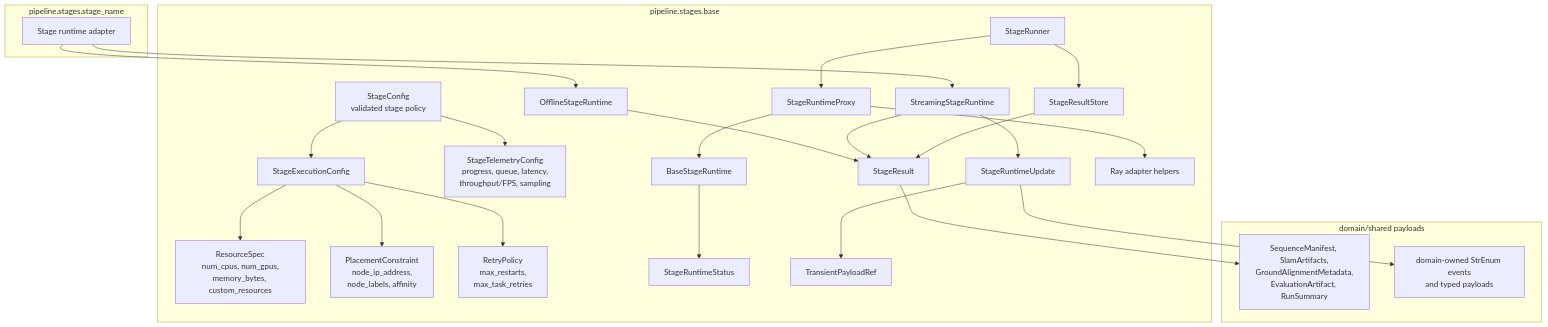
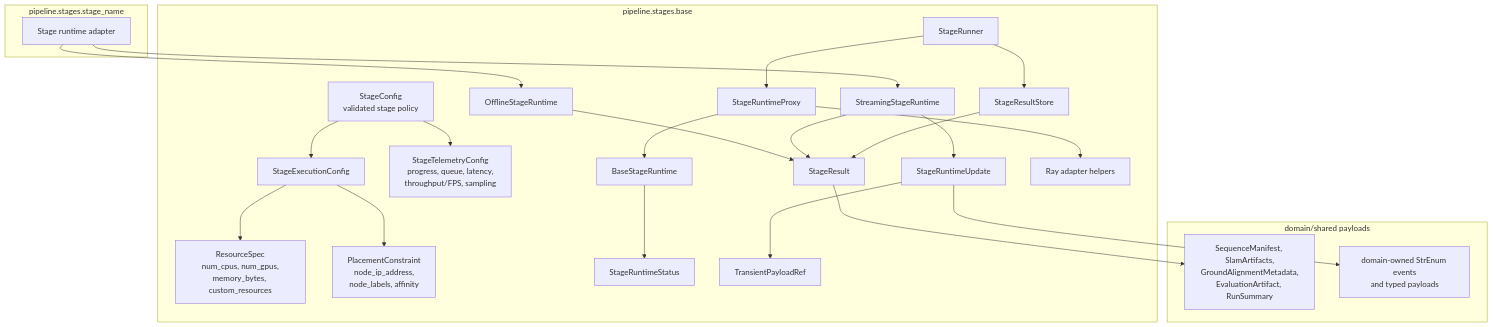
Before and after one commit to JanDuchscherer104/prml-vslam: the second of 17 diagrams in docs/architecture/pipeline-stage-refactor-target.md, drawn with Mermaid. The commit also changed other lines of this file, not shown here.

````diff
--- a/docs/architecture/pipeline-stage-refactor-target.md
+++ b/docs/architecture/pipeline-stage-refactor-target.md
@@ -204,51 +204,49 @@
 ```mermaid
 flowchart TB
     subgraph Base["pipeline.stages.base"]
         StageConfig["StageConfig<br/>validated stage policy"]
         ExecutionConfig["StageExecutionConfig"]
         Resources["ResourceSpec<br/>num_cpus, num_gpus,<br/>memory_bytes, custom_resources"]
         Placement["PlacementConstraint<br/>node_ip_address,<br/>node_labels, affinity"]
-        Retry["RetryPolicy<br/>max_restarts,<br/>max_task_retries"]
         Telemetry["StageTelemetryConfig<br/>progress, queue, latency,<br/>throughput/FPS, sampling"]
         RuntimeStatus["StageRuntimeStatus"]
         StageResult["StageResult"]
         StageUpdate["StageRuntimeUpdate"]
         PayloadRef["TransientPayloadRef"]
         BaseProtocol["BaseStageRuntime"]
         OfflineProtocol["OfflineStageRuntime"]
         StreamingProtocol["StreamingStageRuntime"]
         ResultStore["StageResultStore"]
         Runner["StageRunner"]
         RuntimeProxy["StageRuntimeProxy"]
         RayHelpers["Ray adapter helpers"]
     end
 
     subgraph StageImpl["pipeline.stages.stage_name"]
         StageRuntime["Stage runtime adapter"]
     end
 
     subgraph DomainPayloads["domain/shared payloads"]
         Payloads["SequenceManifest, SlamArtifacts,<br/>GroundAlignmentMetadata,<br/>EvaluationArtifact, RunSummary"]
         DomainEvents["domain-owned StrEnum events<br/>and typed payloads"]
     end
 
     StageConfig --> ExecutionConfig
     ExecutionConfig --> Resources
     ExecutionConfig --> Placement
-    ExecutionConfig --> Retry
     StageConfig --> Telemetry
     BaseProtocol --> RuntimeStatus
     OfflineProtocol --> StageResult
     StreamingProtocol --> StageUpdate
     StreamingProtocol --> StageResult
     StageUpdate --> PayloadRef
     StageUpdate --> DomainEvents
     StageResult --> Payloads
     ResultStore --> StageResult
     Runner --> ResultStore
     Runner --> RuntimeProxy
     RuntimeProxy --> BaseProtocol
     RuntimeProxy --> RayHelpers
     StageRuntime --> OfflineProtocol
     StageRuntime --> StreamingProtocol
 ```
````
